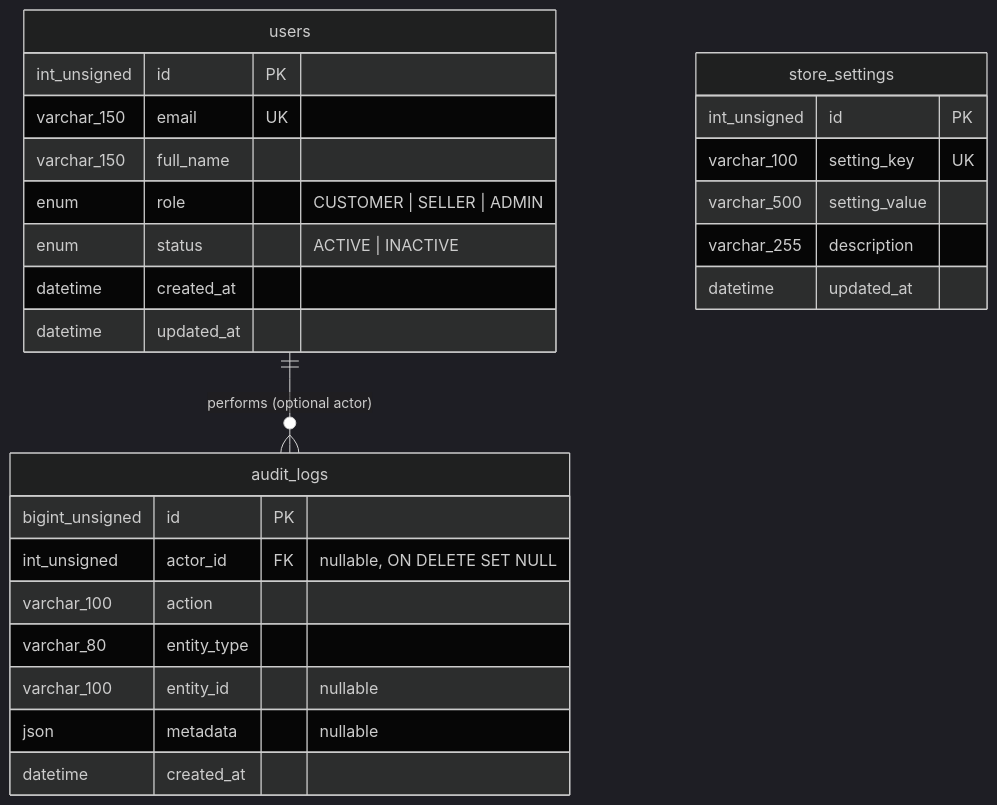
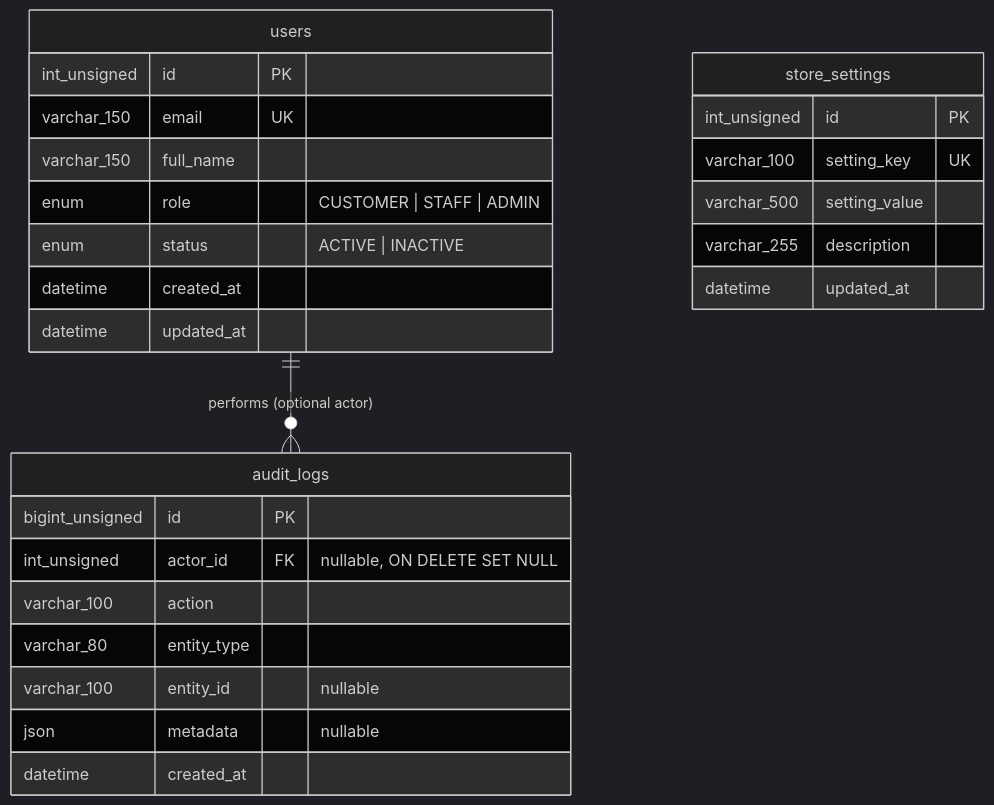
The diagram in docs/database/ERD.md (ntrungz0704/Nexora), drawn with Mermaid (dark theme) before and after one commit. The commit also changed 24 other files, not shown here.

````diff
--- a/docs/database/ERD.md
+++ b/docs/database/ERD.md
@@ -13,32 +13,32 @@
 ```mermaid
 erDiagram
     users ||--o{ audit_logs : "performs (optional actor)"
 
     users {
         int_unsigned id PK
         varchar_150 email UK
         varchar_150 full_name
-        enum role "CUSTOMER | SELLER | ADMIN"
+        enum role "CUSTOMER | STAFF | ADMIN"
         enum status "ACTIVE | INACTIVE"
         datetime created_at
         datetime updated_at
     }
 
     store_settings {
         int_unsigned id PK
         varchar_100 setting_key UK
         varchar_500 setting_value
         varchar_255 description
         datetime updated_at
     }
 
     audit_logs {
         bigint_unsigned id PK
         int_unsigned actor_id FK "nullable, ON DELETE SET NULL"
         varchar_100 action
         varchar_80 entity_type
         varchar_100 entity_id "nullable"
         json metadata "nullable"
         datetime created_at
     }
 ```
````
